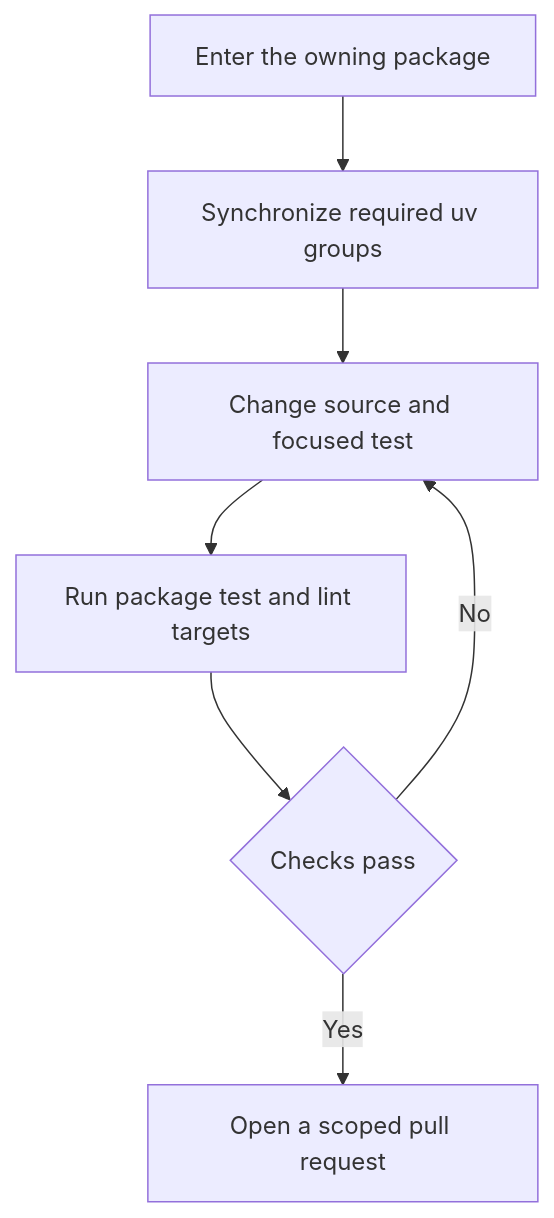
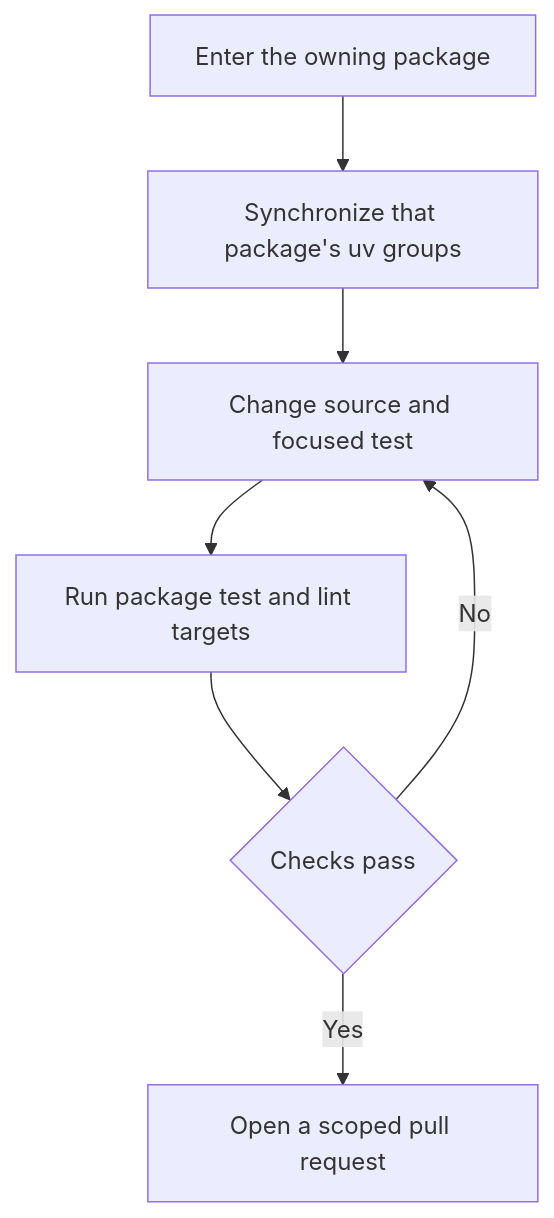
The first of 3 diagrams in openwiki/operations/development.md (langchain-ai/deepagents), drawn with Mermaid before and after one commit. The commit also changed other lines of this file and 34 other files, not shown here.

````diff
--- a/openwiki/operations/development.md
+++ b/openwiki/operations/development.md
@@ -73,9 +79,9 @@
 ```mermaid
 flowchart TD
-    Work["Enter the owning package"] --> Sync["Synchronize required uv groups"]
+    Work["Enter the owning package"] --> Sync["Synchronize that package's uv groups"]
     Sync --> Change["Change source and focused test"]
     Change --> Check["Run package test and lint targets"]
     Check --> Result{"Checks pass"}
     Result -->|"No"| Change
     Result -->|"Yes"| Review["Open a scoped pull request"]
 ```
````
